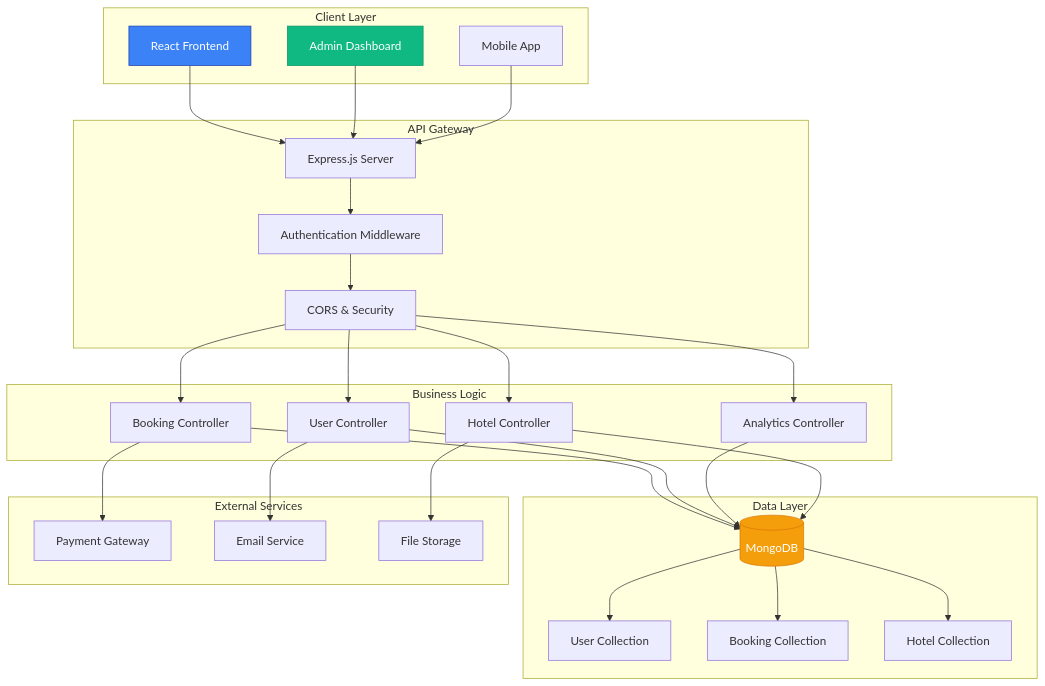
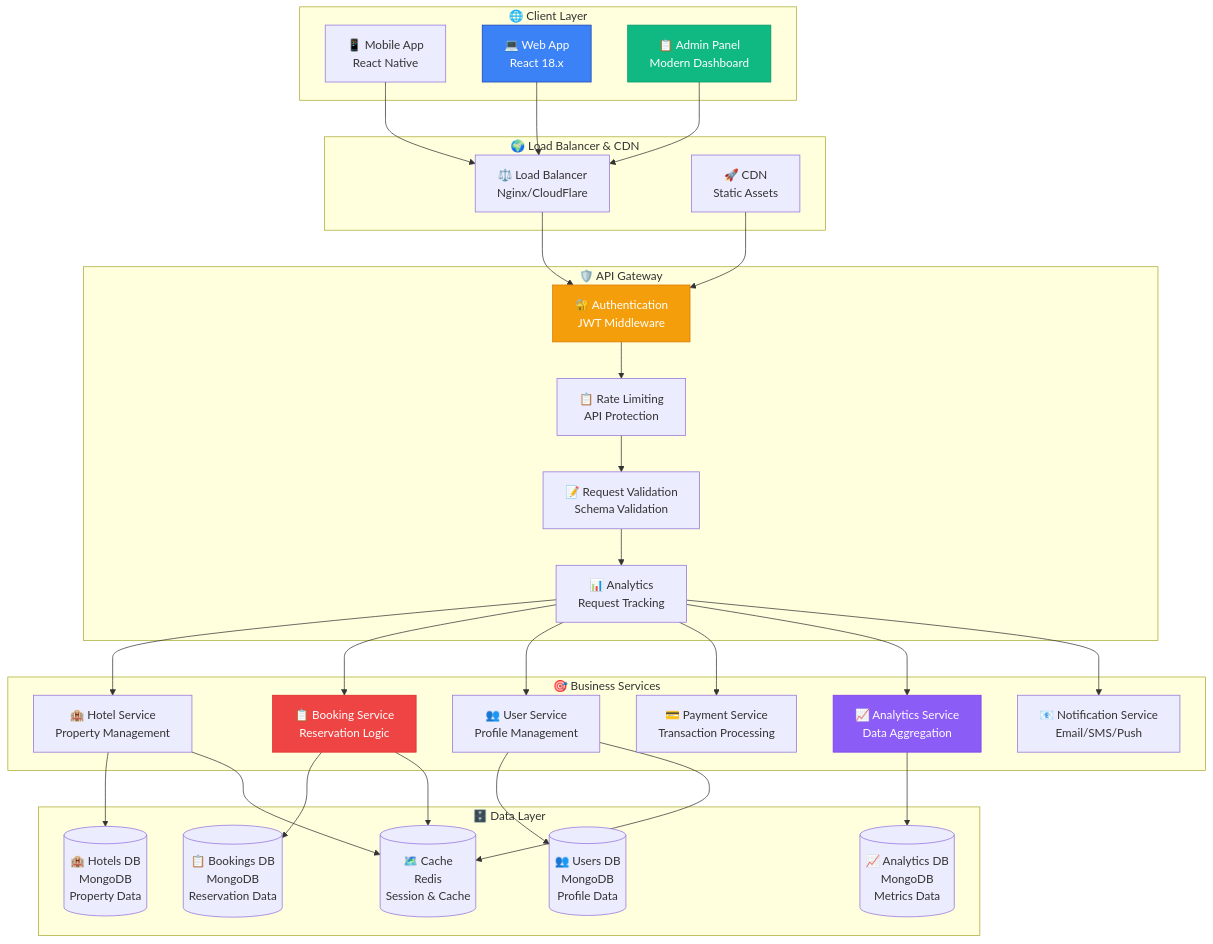
Before and after one commit to Santoshpatel112/Hotel-Booking: the diagram in README.md, drawn with Mermaid. The commit also changed other lines of this file and 1 other file, not shown here.

````diff
--- a/README.md
+++ b/README.md
@@ -417,62 +711,77 @@
 ```mermaid
 graph TB
-    subgraph "Client Layer"
-        A[React Frontend]
-        B[Admin Dashboard]
-        C[Mobile App]
+    subgraph "🌐 Client Layer"
+        A1["📱 Mobile App<br/>React Native"]
+        A2["💻 Web App<br/>React 18.x"]
+        A3["📋 Admin Panel<br/>Modern Dashboard"]
     end
     
-    subgraph "API Gateway"
-        D[Express.js Server]
-        E[Authentication Middleware]
-        F[CORS & Security]
+    subgraph "🌍 Load Balancer & CDN"
+        B1["⚖️ Load Balancer<br/>Nginx/CloudFlare"]
+        B2["🚀 CDN<br/>Static Assets"]
     end
     
-    subgraph "Business Logic"
-        G[Booking Controller]
-        H[User Controller]
-        I[Analytics Controller]
-        J[Hotel Controller]
+    subgraph "🛡️ API Gateway"
+        C1["🔐 Authentication<br/>JWT Middleware"]
+        C2["📋 Rate Limiting<br/>API Protection"]
+        C3["📝 Request Validation<br/>Schema Validation"]
+        C4["📊 Analytics<br/>Request Tracking"]
     end
     
-    subgraph "Data Layer"
-        K[(MongoDB)]
-        L[User Collection]
-        M[Booking Collection]
-        N[Hotel Collection]
+    subgraph "🎯 Business Services"
+        D1["🏨 Hotel Service<br/>Property Management"]
+        D2["📋 Booking Service<br/>Reservation Logic"]
+        D3["👥 User Service<br/>Profile Management"]
+        D4["💳 Payment Service<br/>Transaction Processing"]
+        D5["📈 Analytics Service<br/>Data Aggregation"]
+        D6["📧 Notification Service<br/>Email/SMS/Push"]
     end
     
-    subgraph "External Services"
-        O[Payment Gateway]
-        P[Email Service]
-        Q[File Storage]
+    subgraph "🗄️ Data Layer"
+        E1[("🏨 Hotels DB<br/>MongoDB<br/>Property Data")]
+        E2[("📋 Bookings DB<br/>MongoDB<br/>Reservation Data")]
+        E3[("👥 Users DB<br/>MongoDB<br/>Profile Data")]
+        E4[("📈 Analytics DB<br/>MongoDB<br/>Metrics Data")]
+        E5[("🗺️ Cache<br/>Redis<br/>Session & Cache")]
     end
     
-    A --> D
-    B --> D
-    C --> D
+    %% Client Connections
+    A1 --> B1
+    A2 --> B1
+    A3 --> B1
     
-    D --> E
-    E --> F
-    F --> G
-    F --> H
-    F --> I
-    F --> J
+    %% Load Balancer
+    B1 --> C1
+    B2 --> C1
     
-    G --> K
-    H --> K
-    I --> K
-    J --> K
+    %% API Gateway Flow
+    C1 --> C2
+    C2 --> C3
+    C3 --> C4
     
-    K --> L
-    K --> M
-    K --> N
+    %% Service Routing
+    C4 --> D1
+    C4 --> D2
+    C4 --> D3
+    C4 --> D4
+    C4 --> D5
+    C4 --> D6
     
-    G --> O
-    H --> P
-    J --> Q
+    %% Database Connections
+    D1 --> E1
+    D2 --> E2
+    D3 --> E3
+    D5 --> E4
     
-    style A fill:#3b82f6,stroke:#1e40af,color:#fff
-    style B fill:#10b981,stroke:#059669,color:#fff
-    style K fill:#f59e0b,stroke:#d97706,color:#fff
+    %% Cache Layer
+    D1 --> E5
+    D2 --> E5
+    D3 --> E5
+    
+    %% Styling
+    style A2 fill:#3b82f6,stroke:#1e40af,color:#fff
+    style A3 fill:#10b981,stroke:#059669,color:#fff
+    style C1 fill:#f59e0b,stroke:#d97706,color:#fff
+    style D2 fill:#ef4444,stroke:#dc2626,color:#fff
+    style D5 fill:#8b5cf6,stroke:#7c3aed,color:#fff
 ```
````
